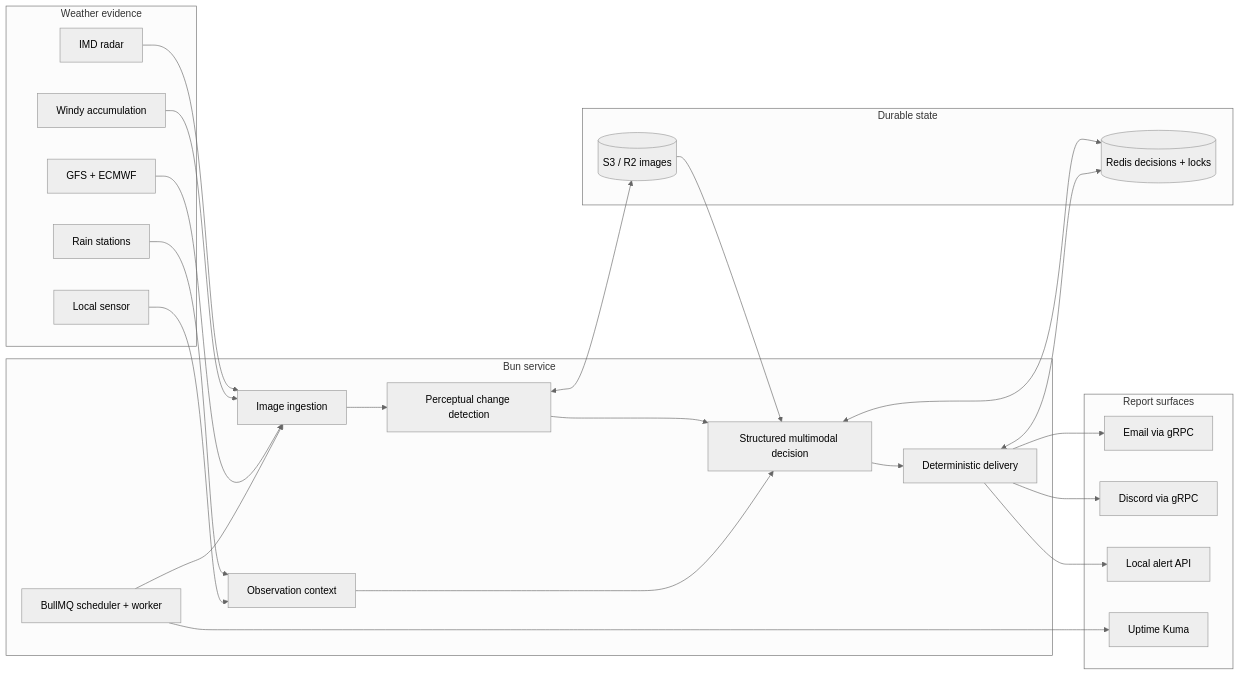
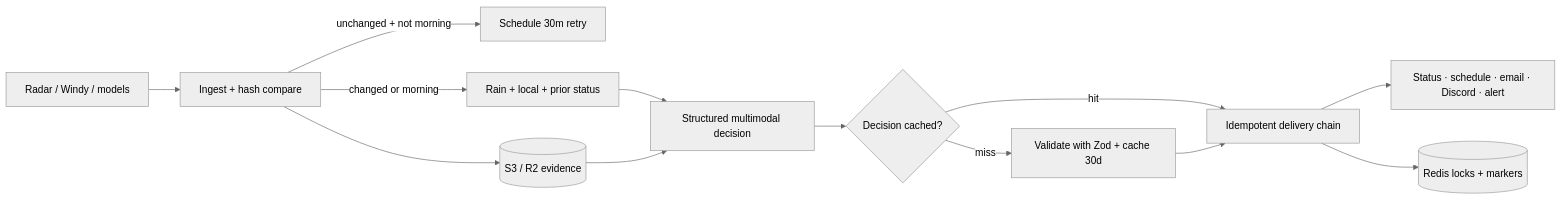
One commit to aneeshpatne/mausam3.0 changed the first of 3 diagrams in README.md. Above: the diagram before and after it, drawn with Mermaid (neutral theme). The commit also changed other lines of this file, not shown here.

````diff
--- a/README.md
+++ b/README.md
@@ -67,50 +71,15 @@
 ```mermaid
 flowchart LR
-    subgraph Sources[Weather evidence]
-        IMD[IMD radar]
-        WINDY[Windy accumulation]
-        MODELS[GFS + ECMWF]
-        RAIN[Rain stations]
-        LOCAL[Local sensor]
-    end
-
-    subgraph Runtime[Bun service]
-        QUEUE[BullMQ scheduler + worker]
-        INGEST[Image ingestion]
-        DIFF[Perceptual change detection]
-        CONTEXT[Observation context]
-        AI[Structured multimodal decision]
-        DELIVERY[Deterministic delivery]
-    end
-
-    subgraph State[Durable state]
-        S3[(S3 / R2 images)]
-        REDIS[(Redis decisions + locks)]
-    end
-
-    subgraph Outputs[Report surfaces]
-        MAIL[Email via gRPC]
-        DISCORD[Discord via gRPC]
-        ALERT[Local alert API]
-        MONITOR[Uptime Kuma]
-    end
-
-    IMD --> INGEST
-    WINDY --> INGEST
-    MODELS --> INGEST
-    INGEST --> DIFF
-    DIFF <--> S3
-    RAIN --> CONTEXT
-    LOCAL --> CONTEXT
-    QUEUE --> INGEST
-    DIFF --> AI
-    CONTEXT --> AI
-    S3 --> AI
-    AI <--> REDIS
-    AI --> DELIVERY
-    DELIVERY <--> REDIS
-    DELIVERY --> MAIL
-    DELIVERY --> DISCORD
-    DELIVERY --> ALERT
-    QUEUE --> MONITOR
+  SRC[Radar / Windy / models] --> ING[Ingest + hash compare]
+  ING -->|unchanged + not morning| RETRY[Schedule 30m retry]
+  ING -->|changed or morning| CTX[Rain + local + prior status]
+  CTX --> AI[Structured multimodal decision]
+  AI --> CACHE{Decision cached?}
+  CACHE -->|miss| MODEL[Validate with Zod + cache 30d]
+  CACHE -->|hit| DEL
+  MODEL --> DEL[Idempotent delivery chain]
+  DEL --> OUT[Status · schedule · email · Discord · alert]
+  DEL --> REDIS[(Redis locks + markers)]
+  ING --> S3[(S3 / R2 evidence)]
+  S3 --> AI
 ```
````
